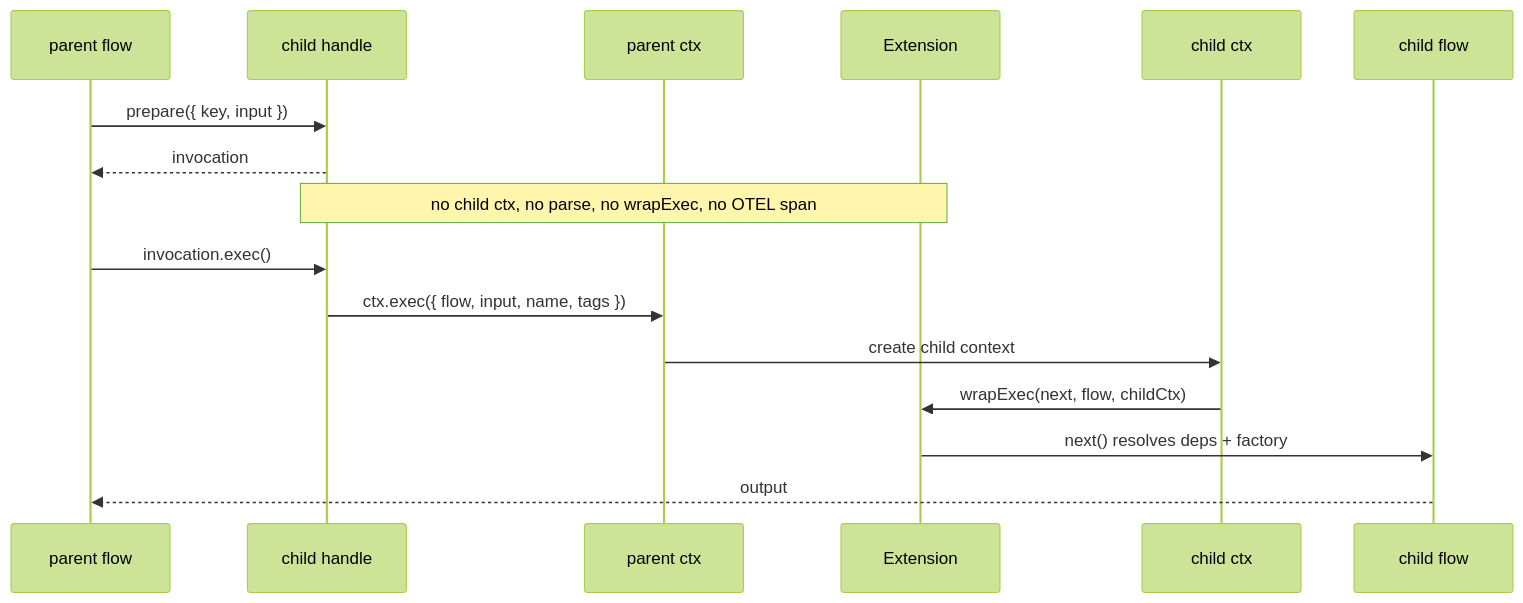
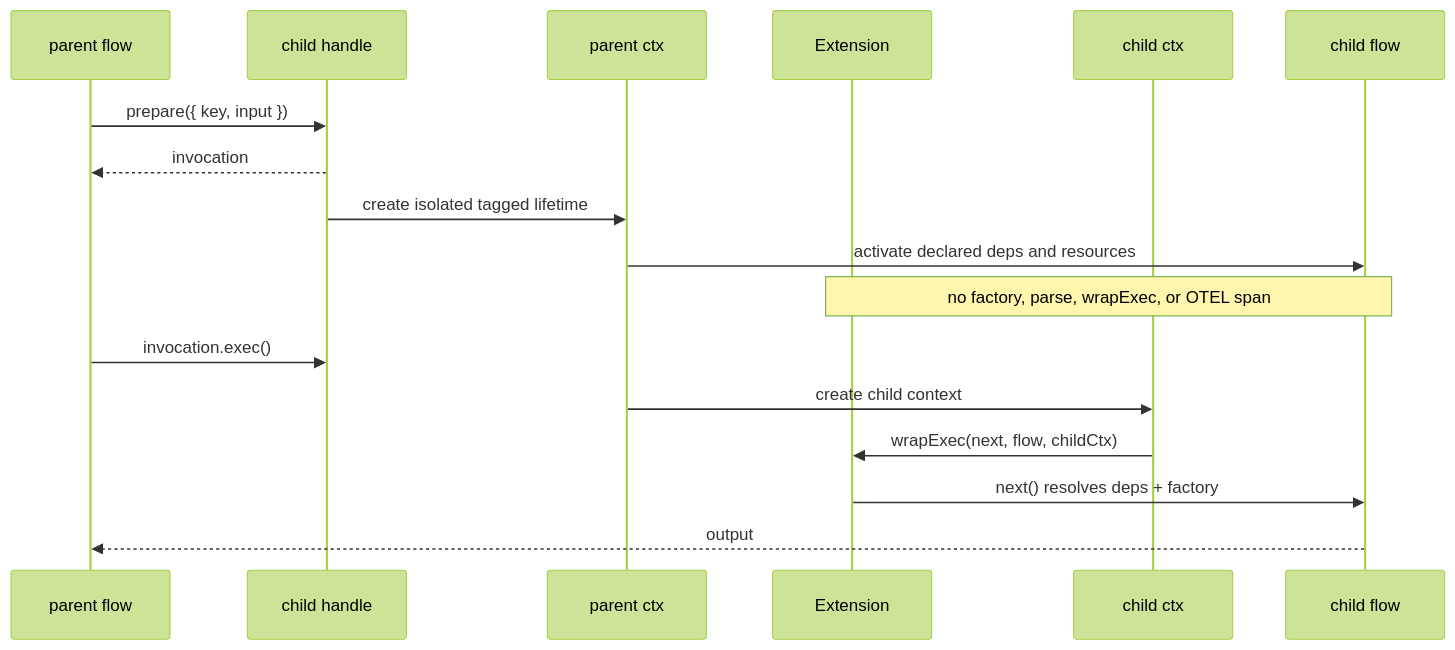
One commit to pumped-fn/pumped-fn changed the third of 12 diagrams in pkg/core/lite/PATTERNS.md. Above: the diagram before and after it, drawn with Mermaid (forest theme). The commit also changed other lines of this file and 220 other files, not shown here.

````diff
--- a/pkg/core/lite/PATTERNS.md
+++ b/pkg/core/lite/PATTERNS.md
@@ -133,19 +144,20 @@
 ```mermaid
 sequenceDiagram
     participant Parent as parent flow
     participant Handle as child handle
     participant Ctx as parent ctx
     participant Ext as Extension
     participant Child as child ctx
     participant Flow as child flow
 
     Parent->>Handle: prepare({ key, input })
     Handle-->>Parent: invocation
-    Note over Handle,Ext: no child ctx, no parse, no wrapExec, no OTEL span
+    Handle->>Ctx: create isolated tagged lifetime
+    Ctx->>Flow: activate declared deps and resources
+    Note over Flow,Ext: no factory, parse, wrapExec, or OTEL span
     Parent->>Handle: invocation.exec()
-    Handle->>Ctx: ctx.exec({ flow, input, name, tags })
     Ctx->>Child: create child context
     Child->>Ext: wrapExec(next, flow, childCtx)
     Ext->>Flow: next() resolves deps + factory
     Flow-->>Parent: output
 ```
````
